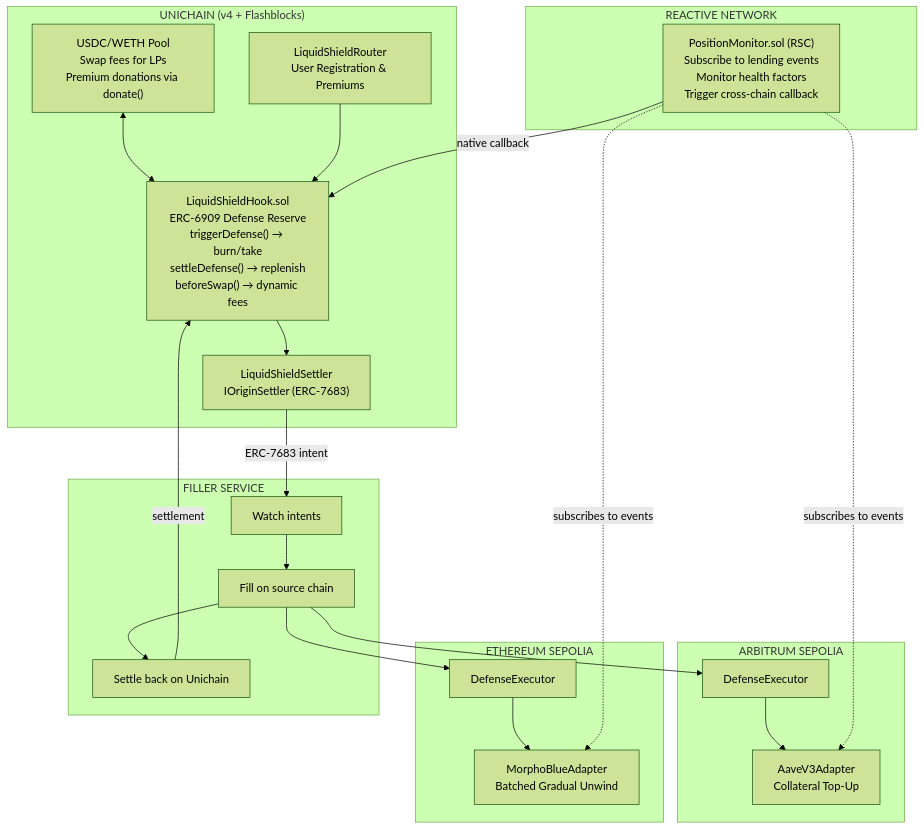
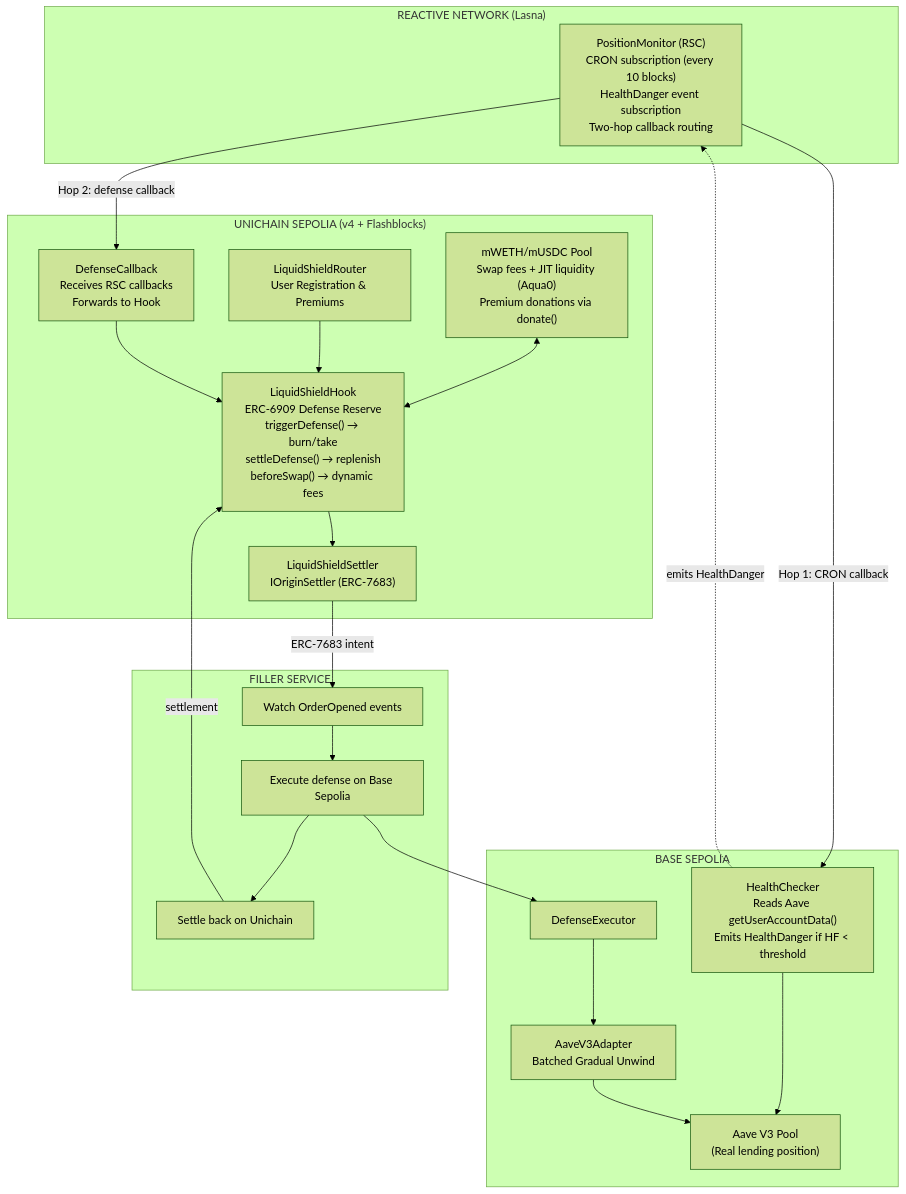
Before and after one commit to 0xYudhishthra/liquidshield: the first of 2 diagrams in README.md, drawn with Mermaid (forest theme). The commit also changed other lines of this file, not shown here.

Commit message:
docs: update architecture diagram and all references to Base Sepolia
- Main architecture diagram: Base Sepolia (not Arbitrum/Ethereum),
  HealthChecker, two-hop RSC, DefenseCallback with RVM ID overwrite
- Key features: two-hop RSC architecture, batched unwind strategy
- Phase 3: CRON + HealthChecker on-chain health reads
- Phase 4: full 9-step defense flow with filler
- Demo section: Base Sepolia Aave position, batched unwind
- Remove all stale Arbitrum/Ethereum/Morpho references from flow

````diff
--- a/README.md
+++ b/README.md
@@ -36,43 +37,42 @@
 ```mermaid
 graph TB
-    subgraph UNICHAIN["UNICHAIN (v4 + Flashblocks)"]
-        Pool["USDC/WETH Pool<br/>Swap fees for LPs<br/>Premium donations via donate()"]
-        Hook["LiquidShieldHook.sol<br/>ERC-6909 Defense Reserve<br/>triggerDefense() → burn/take<br/>settleDefense() → replenish<br/>beforeSwap() → dynamic fees"]
+    subgraph UNICHAIN["UNICHAIN SEPOLIA (v4 + Flashblocks)"]
+        Pool["mWETH/mUSDC Pool<br/>Swap fees + JIT liquidity (Aqua0)<br/>Premium donations via donate()"]
+        Hook["LiquidShieldHook<br/>ERC-6909 Defense Reserve<br/>triggerDefense() → burn/take<br/>settleDefense() → replenish<br/>beforeSwap() → dynamic fees"]
         Router["LiquidShieldRouter<br/>User Registration & Premiums"]
         Settler["LiquidShieldSettler<br/>IOriginSettler (ERC-7683)"]
+        Callback["DefenseCallback<br/>Receives RSC callbacks<br/>Forwards to Hook"]
         Pool <--> Hook
         Router --> Hook
+        Callback --> Hook
         Hook --> Settler
     end
 
-    subgraph REACTIVE["REACTIVE NETWORK"]
-        RSC["PositionMonitor.sol (RSC)<br/>Subscribe to lending events<br/>Monitor health factors<br/>Trigger cross-chain callback"]
+    subgraph REACTIVE["REACTIVE NETWORK (Lasna)"]
+        RSC["PositionMonitor (RSC)<br/>CRON subscription (every 10 blocks)<br/>HealthDanger event subscription<br/>Two-hop callback routing"]
     end
 
-    subgraph ARB["ARBITRUM SEPOLIA"]
-        Executor1["DefenseExecutor"]
-        Aave["AaveV3Adapter<br/>Collateral Top-Up"]
-        Executor1 --> Aave
-    end
-
-    subgraph ETH["ETHEREUM SEPOLIA"]
-        Executor2["DefenseExecutor"]
-        Morpho["MorphoBlueAdapter<br/>Batched Gradual Unwind"]
-        Executor2 --> Morpho
+    subgraph BASE["BASE SEPOLIA"]
+        HC["HealthChecker<br/>Reads Aave getUserAccountData()<br/>Emits HealthDanger if HF < threshold"]
+        Executor["DefenseExecutor"]
+        Aave["AaveV3Adapter<br/>Batched Gradual Unwind"]
+        AavePool["Aave V3 Pool<br/>(Real lending position)"]
+        HC --> AavePool
+        Executor --> Aave
+        Aave --> AavePool
     end
 
     subgraph FILLER["FILLER SERVICE"]
-        Watcher["Watch intents"]
-        Fill["Fill on source chain"]
+        Watcher["Watch OrderOpened events"]
+        Fill["Execute defense on Base Sepolia"]
         Settle["Settle back on Unichain"]
         Watcher --> Fill --> Settle
     end
 
-    RSC -- "native callback" --> Hook
-    RSC -. "subscribes to events" .-> Aave
-    RSC -. "subscribes to events" .-> Morpho
+    RSC -- "Hop 1: CRON callback" --> HC
+    HC -. "emits HealthDanger" .-> RSC
+    RSC -- "Hop 2: defense callback" --> Callback
     Settler -- "ERC-7683 intent" --> Watcher
     Settle -- "settlement" --> Hook
-    Fill --> Executor1
-    Fill --> Executor2
+    Fill --> Executor
 ```
````
